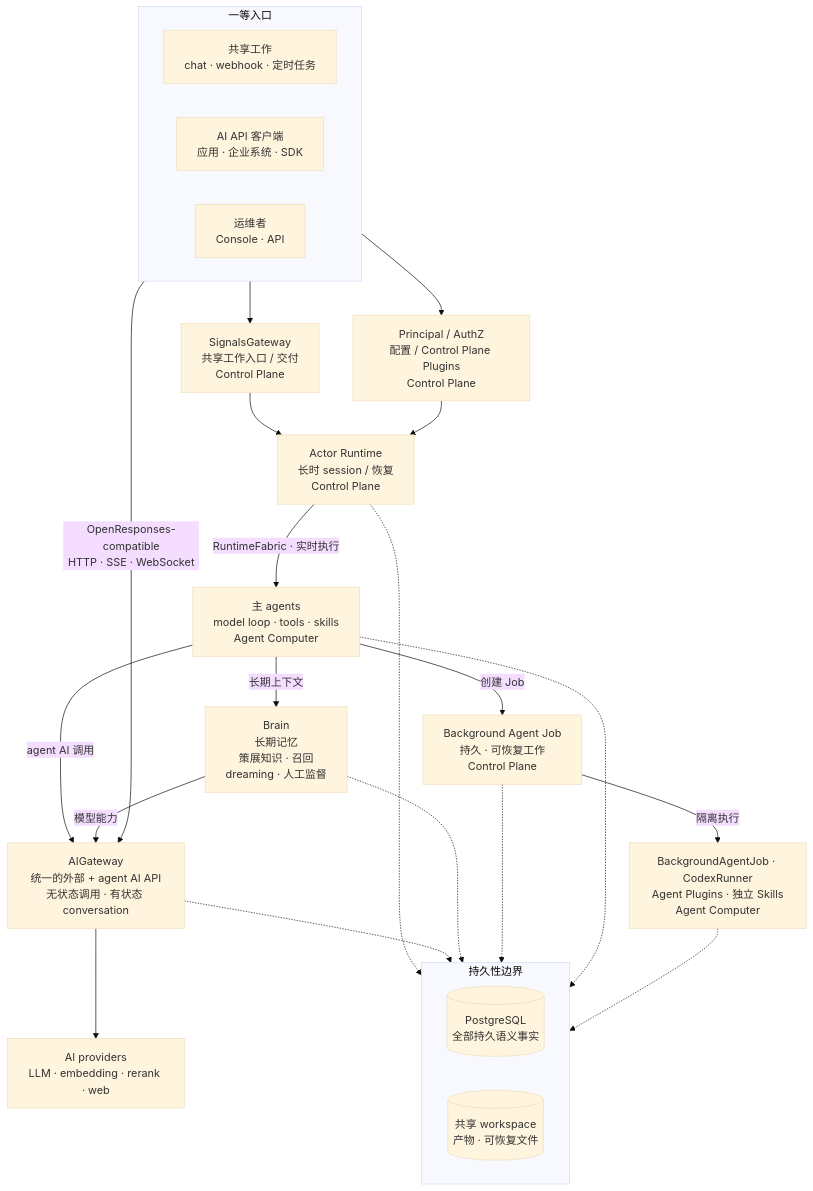
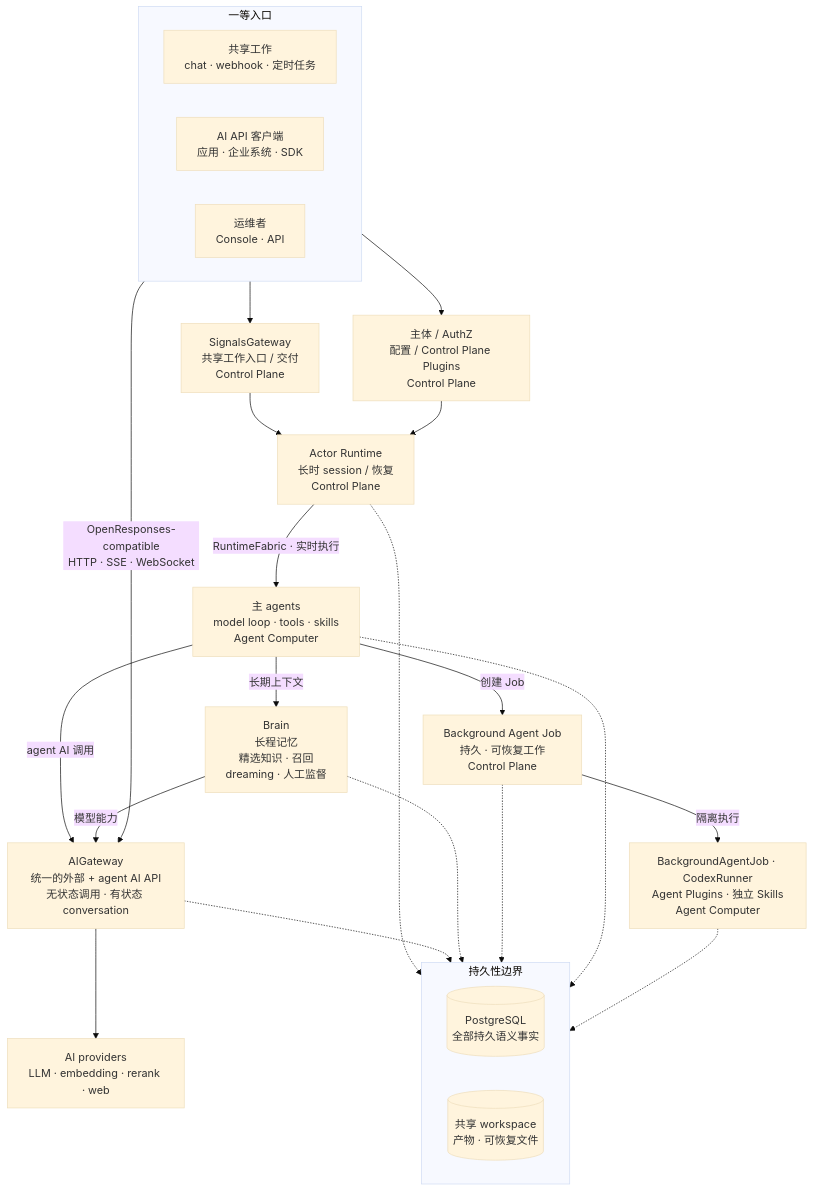
The diagram in README.zh-Hans.md (AgentBull/ankole), drawn with Mermaid (base theme) before and after one commit. The commit also changed other lines of this file and 345 other files, not shown here.

````diff
--- a/README.zh-Hans.md
+++ b/README.zh-Hans.md
@@ -66,43 +76,43 @@
 ```mermaid
 flowchart TB
   subgraph Entry["一等入口"]
     direction LR
     Work["共享工作<br/>chat · webhook · 定时任务"]
     Clients["AI API 客户端<br/>应用 · 企业系统 · SDK"]
     Ops["运维者<br/>Console · API"]
   end
 
   SG["SignalsGateway<br/>共享工作入口 / 交付<br/>Control Plane"]
-  Platform["Principal / AuthZ<br/>配置 / Control Plane Plugins<br/>Control Plane"]
+  Platform["主体 / AuthZ<br/>配置 / Control Plane Plugins<br/>Control Plane"]
   Runtime["Actor Runtime<br/>长时 session / 恢复<br/>Control Plane"]
   Main["主 agents<br/>model loop · tools · skills<br/>Agent Computer"]
-  Brain["Brain<br/>长期记忆<br/>策展知识 · 召回<br/>dreaming · 人工监督"]
+  Brain["Brain<br/>长程记忆<br/>精选知识 · 召回<br/>dreaming · 人工监督"]
   Delegate["Background Agent Job<br/>持久 · 可恢复工作<br/>Control Plane"]
   AI["AIGateway<br/>统一的外部 + agent AI API<br/>无状态调用 · 有状态 conversation"]
   Task["BackgroundAgentJob · CodexRunner<br/>Agent Plugins · 独立 Skills<br/>Agent Computer"]
   Providers["AI providers<br/>LLM · embedding · rerank · web"]
 
   subgraph Storage["持久性边界"]
     direction LR
     PG[("PostgreSQL<br/>全部持久语义事实")]
     Workspace[("共享 workspace<br/>产物 · 可恢复文件")]
   end
 
   Work --> SG --> Runtime
   Ops --> Platform --> Runtime
   Runtime -->|"RuntimeFabric · 实时执行"| Main
   Clients -->|"OpenResponses-compatible<br/>HTTP · SSE · WebSocket"| AI
   Main -->|"agent AI 调用"| AI
   Main -->|"长期上下文"| Brain
   Brain -->|"模型能力"| AI
   Main -->|"创建 Job"| Delegate
   Delegate -->|"隔离执行"| Task
   AI --> Providers
 
   Runtime -.-> PG
   AI -.-> PG
   Brain -.-> PG
   Delegate -.-> PG
   Main -.-> Workspace
   Task -.-> Workspace
 ```
````
